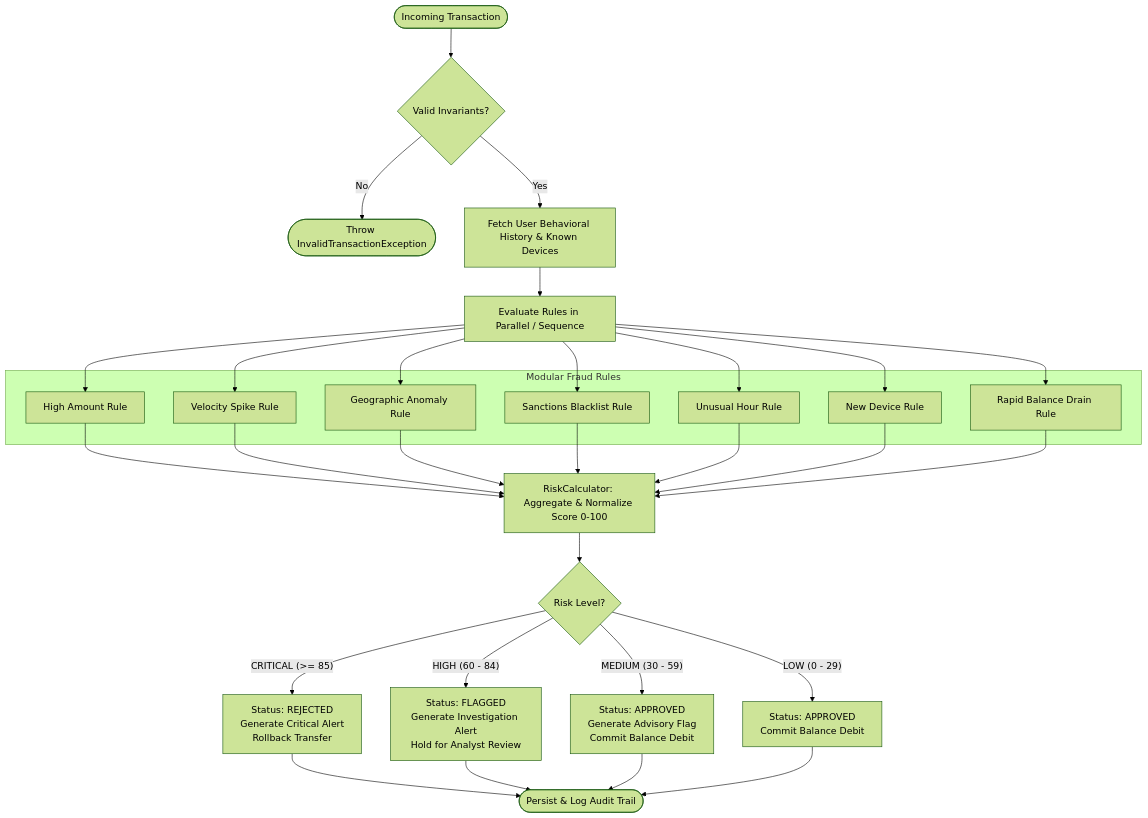
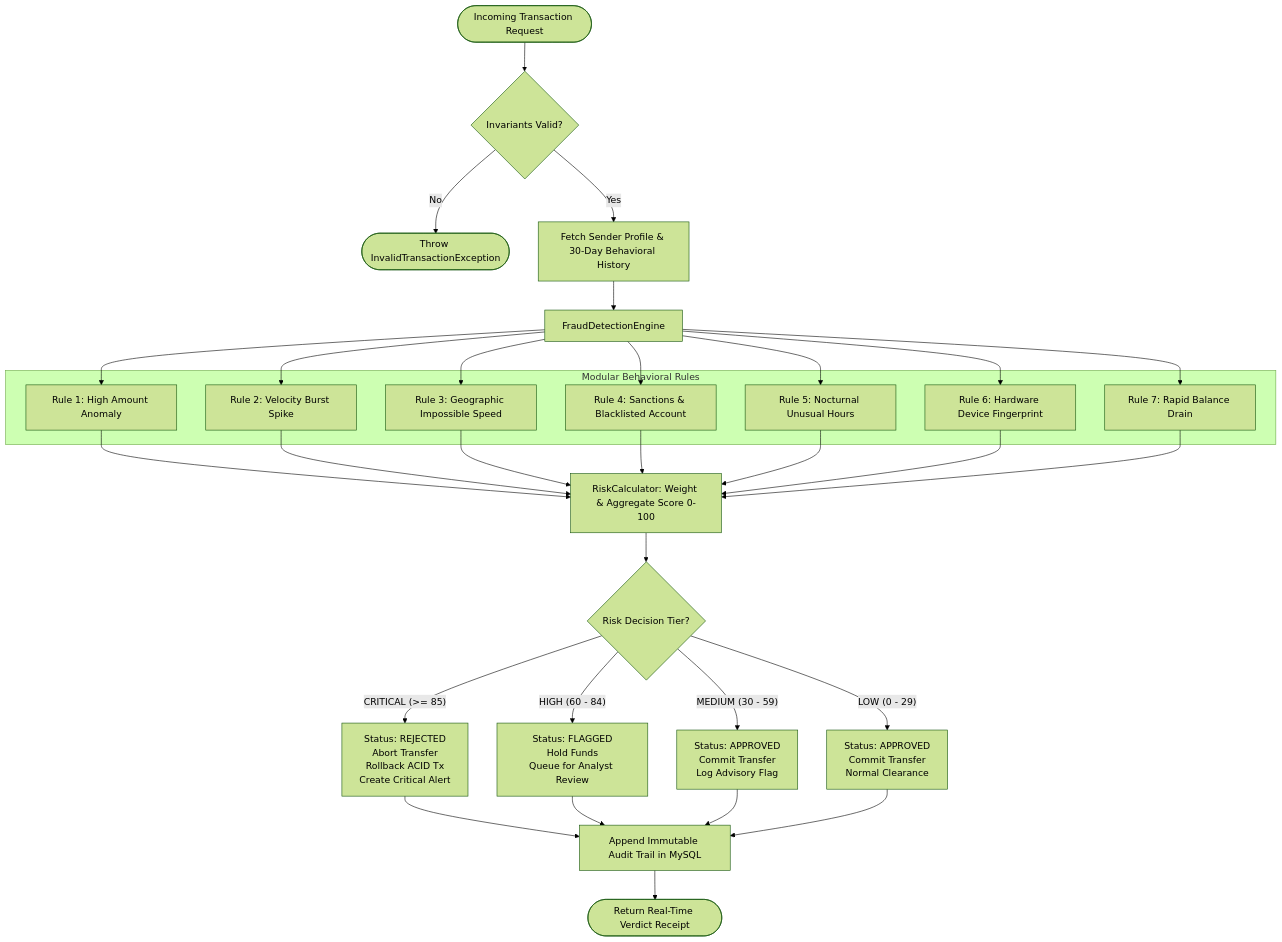
One commit to RohanRastogi1/FRAUDGUARD-AI-Powered-Fraud-Detection-System changed the second of 3 diagrams in README.md. Above: the diagram before and after it, drawn with Mermaid (forest theme). The commit also changed other lines of this file and 32 other files, not shown here.

First line of the commit message:
feat: enterprise fraud detection platform, real-time pipeline, and technical documentation

````diff
--- a/README.md
+++ b/README.md
@@ -44,28 +53,29 @@
 ```mermaid
 flowchart TD
-    Start([Incoming Transaction]) --> Validate{Valid Invariants?}
+    Start([Incoming Transaction Request]) --> Validate{Invariants Valid?}
     Validate -- No --> Error([Throw InvalidTransactionException])
-    Validate -- Yes --> FetchHistory[Fetch User Behavioral History & Known Devices]
-    FetchHistory --> ParallelRules[Evaluate Rules in Parallel / Sequence]
-    
-    subgraph Modular Fraud Rules
-        R1[High Amount Rule]
-        R2[Velocity Spike Rule]
-        R3[Geographic Anomaly Rule]
-        R4[Sanctions Blacklist Rule]
-        R5[Unusual Hour Rule]
-        R6[New Device Rule]
-        R7[Rapid Balance Drain Rule]
+    Validate -- Yes --> FetchContext[Fetch Sender Profile & 30-Day Behavioral History]
+    FetchContext --> Engine[FraudDetectionEngine]
+
+    subgraph Modular Behavioral Rules
+        R1[Rule 1: High Amount Anomaly]
+        R2[Rule 2: Velocity Burst Spike]
+        R3[Rule 3: Geographic Impossible Speed]
+        R4[Rule 4: Sanctions & Blacklisted Account]
+        R5[Rule 5: Nocturnal Unusual Hours]
+        R6[Rule 6: Hardware Device Fingerprint]
+        R7[Rule 7: Rapid Balance Drain]
     end
-    
-    ParallelRules --> R1 & R2 & R3 & R4 & R5 & R6 & R7
-    R1 & R2 & R3 & R4 & R5 & R6 & R7 --> RiskCalc[RiskCalculator: Aggregate & Normalize Score 0-100]
-    
-    RiskCalc --> Decision{Risk Level?}
-    Decision -- "CRITICAL (>= 85)" --> Reject[Status: REJECTED\nGenerate Critical Alert\nRollback Transfer]
-    Decision -- "HIGH (60 - 84)" --> Flag[Status: FLAGGED\nGenerate Investigation Alert\nHold for Analyst Review]
-    Decision -- "MEDIUM (30 - 59)" --> Monitor[Status: APPROVED\nGenerate Advisory Flag\nCommit Balance Debit]
-    Decision -- "LOW (0 - 29)" --> Approve[Status: APPROVED\nCommit Balance Debit]
-    
-    Reject & Flag & Monitor & Approve --> End([Persist & Log Audit Trail])
+
+    Engine --> R1 & R2 & R3 & R4 & R5 & R6 & R7
+    R1 & R2 & R3 & R4 & R5 & R6 & R7 --> RiskCalc[RiskCalculator: Weight & Aggregate Score 0-100]
+
+    RiskCalc --> Decision{Risk Decision Tier?}
+    Decision -- "CRITICAL (>= 85)" --> Reject[Status: REJECTED\nAbort Transfer\nRollback ACID Tx\nCreate Critical Alert]
+    Decision -- "HIGH (60 - 84)" --> Flag[Status: FLAGGED\nHold Funds\nQueue for Analyst Review]
+    Decision -- "MEDIUM (30 - 59)" --> Monitor[Status: APPROVED\nCommit Transfer\nLog Advisory Flag]
+    Decision -- "LOW (0 - 29)" --> Approve[Status: APPROVED\nCommit Transfer\nNormal Clearance]
+
+    Reject & Flag & Monitor & Approve --> Audit[Append Immutable Audit Trail in MySQL]
+    Audit --> End([Return Real-Time Verdict Receipt])
 ```
````
